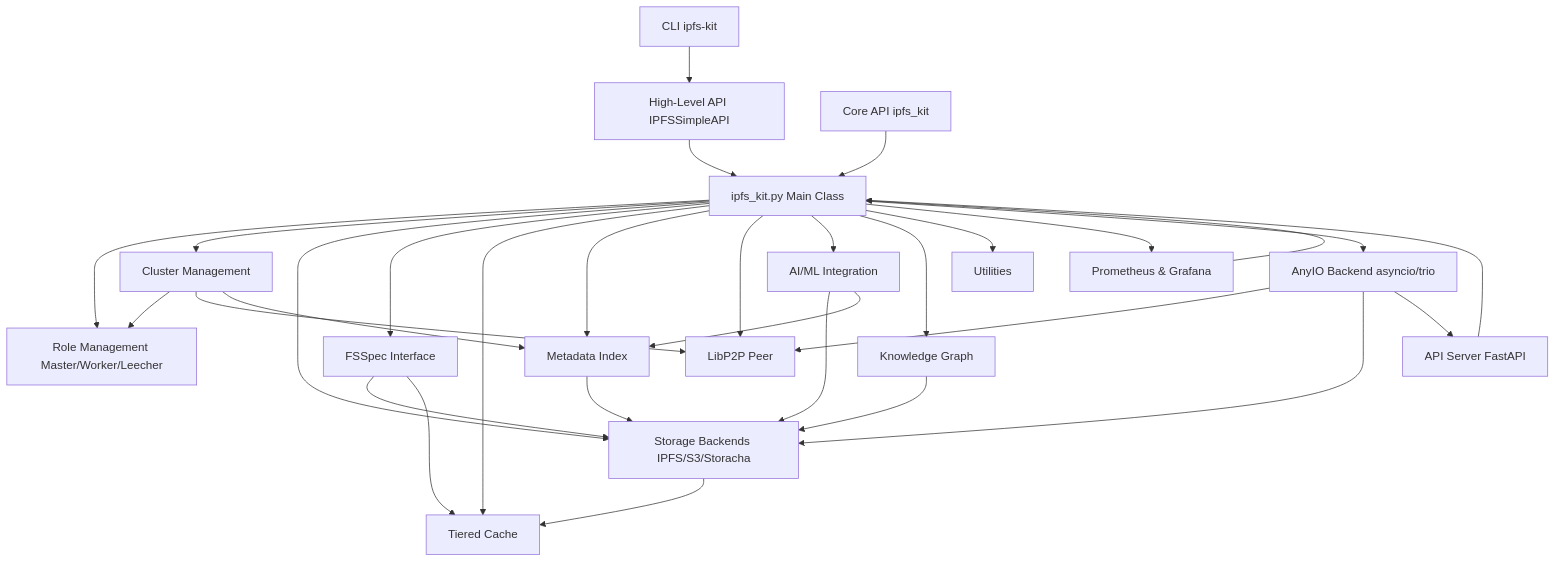
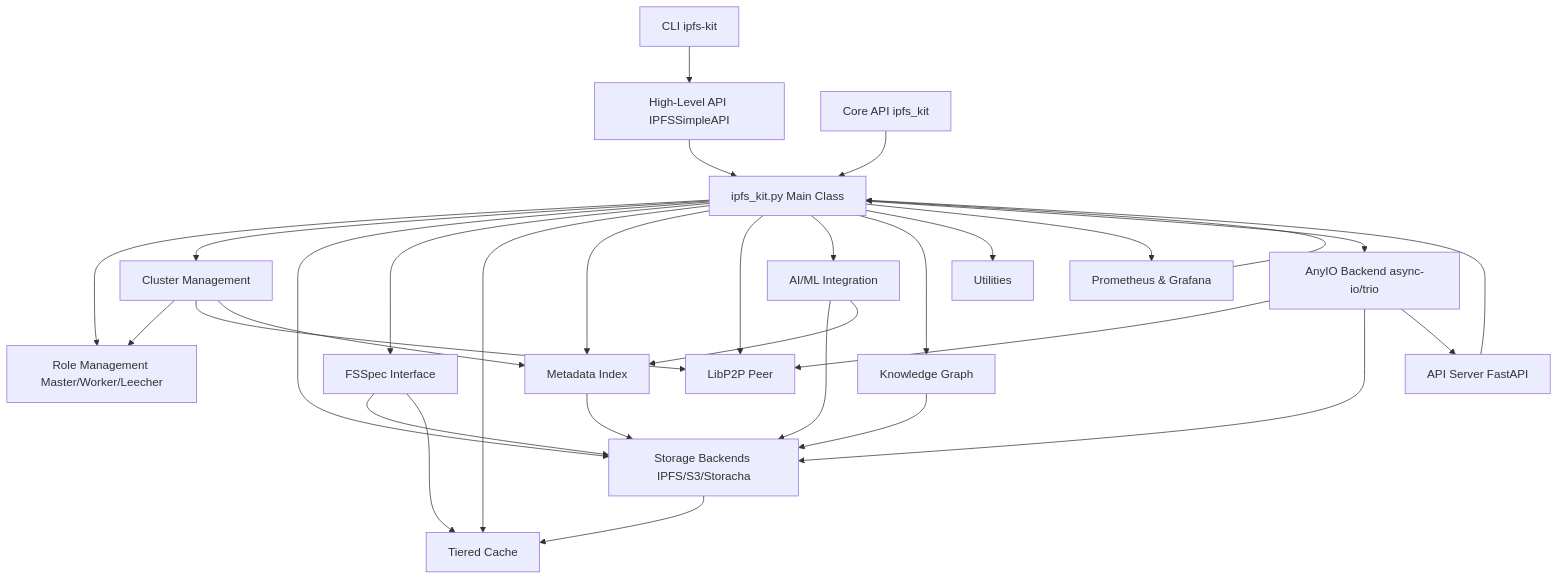
Before and after one commit to endomorphosis/ipfs_kit_py: the diagram in archive/archive_clutter/documentation_drafts/README.md, drawn with Mermaid. The commit also changed other lines of this file and 11 other files, not shown here.

Commit message:
fix: Update references from asyncio to async-io for consistency across the codebase

````diff
--- a/archive/archive_clutter/documentation_drafts/README.md
+++ b/archive/archive_clutter/documentation_drafts/README.md
@@ -24,54 +24,54 @@
 ```mermaid
 graph TD
     CLI[CLI ipfs-kit]
     HLAPI[High-Level API IPFSSimpleAPI]
     CoreAPI[Core API ipfs_kit]
     APIServer[API Server FastAPI]
     
     Kit[ipfs_kit.py Main Class]
     Roles[Role Management Master/Worker/Leecher]
     ClusterMgmt[Cluster Management]
     Storage[Storage Backends IPFS/S3/Storacha]
     FSSpec[FSSpec Interface]
     Cache[Tiered Cache]
     Metadata[Metadata Index]
     LibP2P[LibP2P Peer]
     AIML[AI/ML Integration]
     KnowledgeGraph[Knowledge Graph]
     Utils[Utilities]
     Observability[Prometheus & Grafana]
-    AnyIO[AnyIO Backend asyncio/trio]
+    AnyIO[AnyIO Backend async-io/trio]
 
     CLI --> HLAPI
     HLAPI --> Kit
     CoreAPI --> Kit
     APIServer --> Kit
 
     Kit --> Roles
     Kit --> ClusterMgmt
     Kit --> Storage
     Kit --> FSSpec
     Kit --> Cache
     Kit --> Metadata
     Kit --> LibP2P
     Kit --> AIML
     Kit --> KnowledgeGraph
     Kit --> Utils
     Kit --> Observability
     Kit --> AnyIO
 
     ClusterMgmt --> Roles
     ClusterMgmt --> LibP2P
     ClusterMgmt --> Metadata
     Storage --> Cache
     FSSpec --> Storage
     FSSpec --> Cache
     AIML --> Storage
     AIML --> Metadata
     KnowledgeGraph --> Storage
     Metadata --> Storage
     Observability --> Kit
     AnyIO --> LibP2P
     AnyIO --> Storage
     AnyIO --> APIServer
 ```
````
